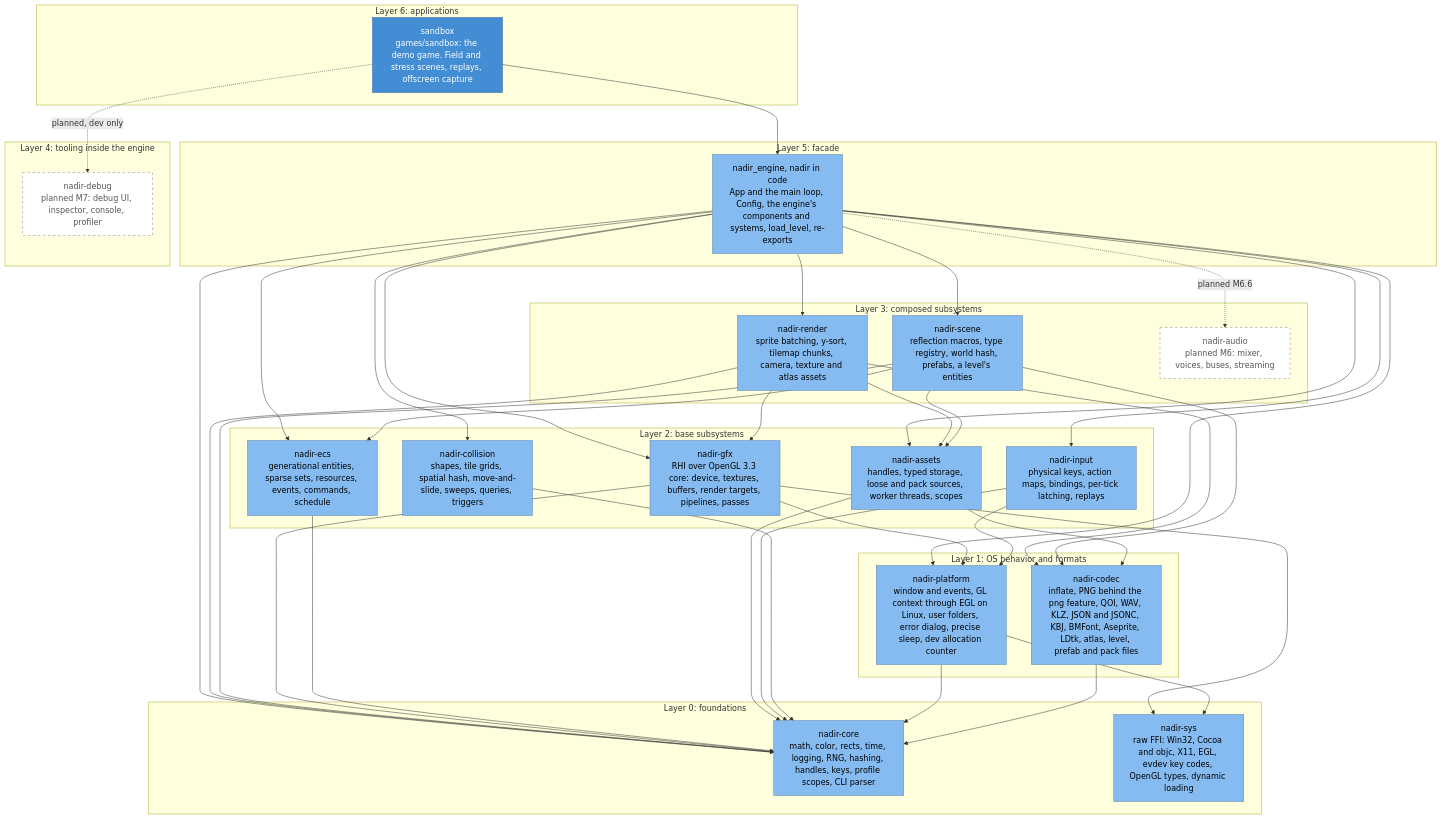
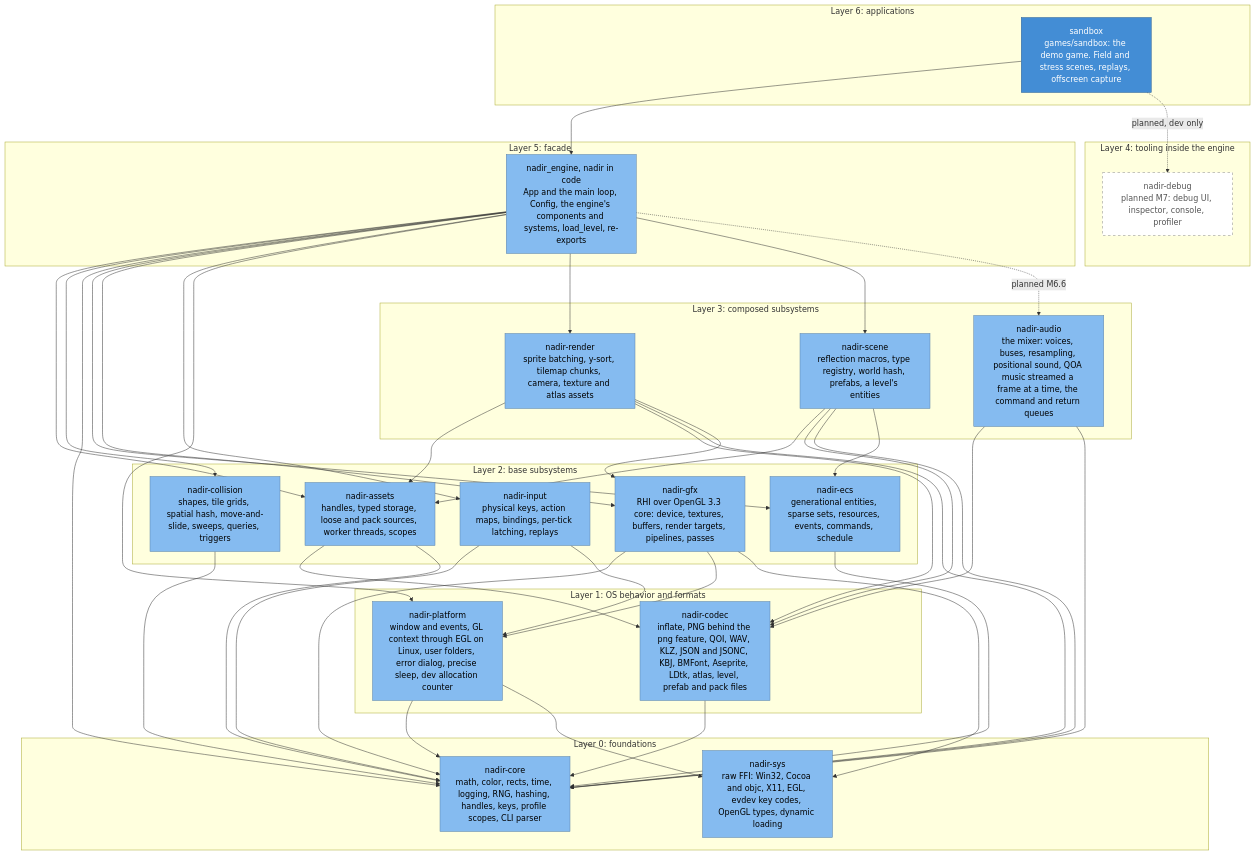
Before and after one commit to jabbott-iii/Nadir: the third of 5 diagrams in diagrams/c4-architecture.md, drawn with Mermaid. The commit also changed other lines of this file and 29 other files, not shown here.

````diff
--- a/diagrams/c4-architecture.md
+++ b/diagrams/c4-architecture.md
@@ -154,72 +153,74 @@
 ```mermaid
 flowchart TB
     subgraph L6["Layer 6: applications"]
         n_sandbox["sandbox<br/>games/sandbox: the demo game. Field and stress scenes, replays, offscreen capture"]
     end
     subgraph L5["Layer 5: facade"]
         n_engine["nadir_engine, nadir in code<br/>App and the main loop, Config, the engine's components and systems, load_level, re-exports"]
     end
     subgraph L4["Layer 4: tooling inside the engine"]
         n_debug["nadir-debug<br/>planned M7: debug UI, inspector, console, profiler"]
     end
     subgraph L3["Layer 3: composed subsystems"]
         n_render["nadir-render<br/>sprite batching, y-sort, tilemap chunks, camera, texture and atlas assets"]
         n_scene["nadir-scene<br/>reflection macros, type registry, world hash, prefabs, a level's entities"]
-        n_audio["nadir-audio<br/>planned M6: mixer, voices, buses, streaming"]
+        n_audio["nadir-audio<br/>the mixer: voices, buses, resampling, positional sound, QOA music streamed a frame at a time, the command and return queues"]
     end
     subgraph L2["Layer 2: base subsystems"]
         n_gfx["nadir-gfx<br/>RHI over OpenGL 3.3 core: device, textures, buffers, render targets, pipelines, passes"]
         n_ecs["nadir-ecs<br/>generational entities, sparse sets, resources, events, commands, schedule"]
         n_assets["nadir-assets<br/>handles, typed storage, loose and pack sources, worker threads, scopes"]
         n_input["nadir-input<br/>physical keys, action maps, bindings, per-tick latching, replays"]
         n_collision["nadir-collision<br/>shapes, tile grids, spatial hash, move-and-slide, sweeps, queries, triggers"]
     end
     subgraph L1["Layer 1: OS behavior and formats"]
         n_platform["nadir-platform<br/>window and events, GL context through EGL on Linux, user folders, error dialog, precise sleep, dev allocation counter"]
         n_codec["nadir-codec<br/>inflate, PNG behind the png feature, QOI, WAV, KLZ, JSON and JSONC, KBJ, BMFont, Aseprite, LDtk, atlas, level, prefab and pack files"]
     end
     subgraph L0["Layer 0: foundations"]
         n_core["nadir-core<br/>math, color, rects, time, logging, RNG, hashing, handles, keys, profile scopes, CLI parser"]
         n_sys["nadir-sys<br/>raw FFI: Win32, Cocoa and objc, X11, EGL, evdev key codes, OpenGL types, dynamic loading"]
     end
 
     n_sandbox --> n_engine
     n_engine --> n_assets
     n_engine --> n_collision
     n_engine --> n_core
     n_engine --> n_ecs
     n_engine --> n_gfx
     n_engine --> n_input
     n_engine --> n_platform
     n_engine --> n_render
     n_engine --> n_scene
     n_render --> n_assets
     n_render --> n_codec
     n_render --> n_core
     n_render --> n_gfx
     n_scene --> n_assets
     n_scene --> n_codec
     n_scene --> n_core
     n_scene --> n_ecs
+    n_audio --> n_codec
+    n_audio --> n_core
     n_gfx --> n_core
     n_gfx --> n_platform
     n_gfx --> n_sys
     n_ecs --> n_core
     n_assets --> n_codec
     n_assets --> n_core
     n_input --> n_core
     n_input --> n_platform
     n_collision --> n_core
     n_platform --> n_core
     n_platform --> n_sys
     n_codec --> n_core
     n_engine -.->|"planned M6.6"| n_audio
     n_sandbox -.->|"planned, dev only"| n_debug
 
     classDef container fill:#438dd5,stroke:#2e6295,color:#ffffff
     classDef component fill:#85bbf0,stroke:#5d82a8,color:#000000
     classDef planned fill:#ffffff,stroke:#888888,stroke-dasharray: 5 5,color:#555555
     class n_sandbox container
-    class n_engine,n_render,n_scene,n_gfx,n_ecs,n_assets,n_input,n_collision,n_platform,n_codec,n_core,n_sys component
-    class n_debug,n_audio planned
+    class n_engine,n_render,n_scene,n_audio,n_gfx,n_ecs,n_assets,n_input,n_collision,n_platform,n_codec,n_core,n_sys component
+    class n_debug planned
 ```
````
